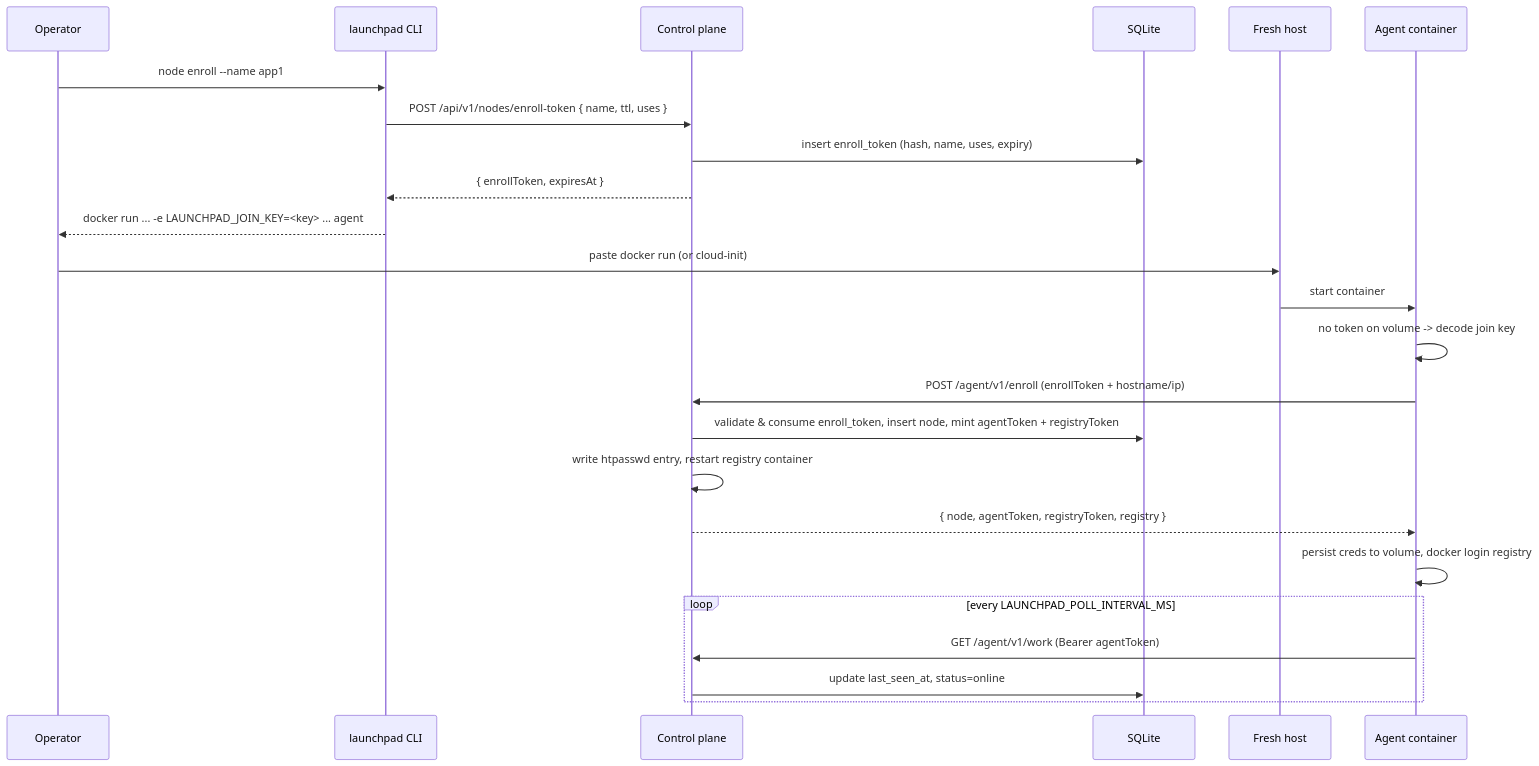
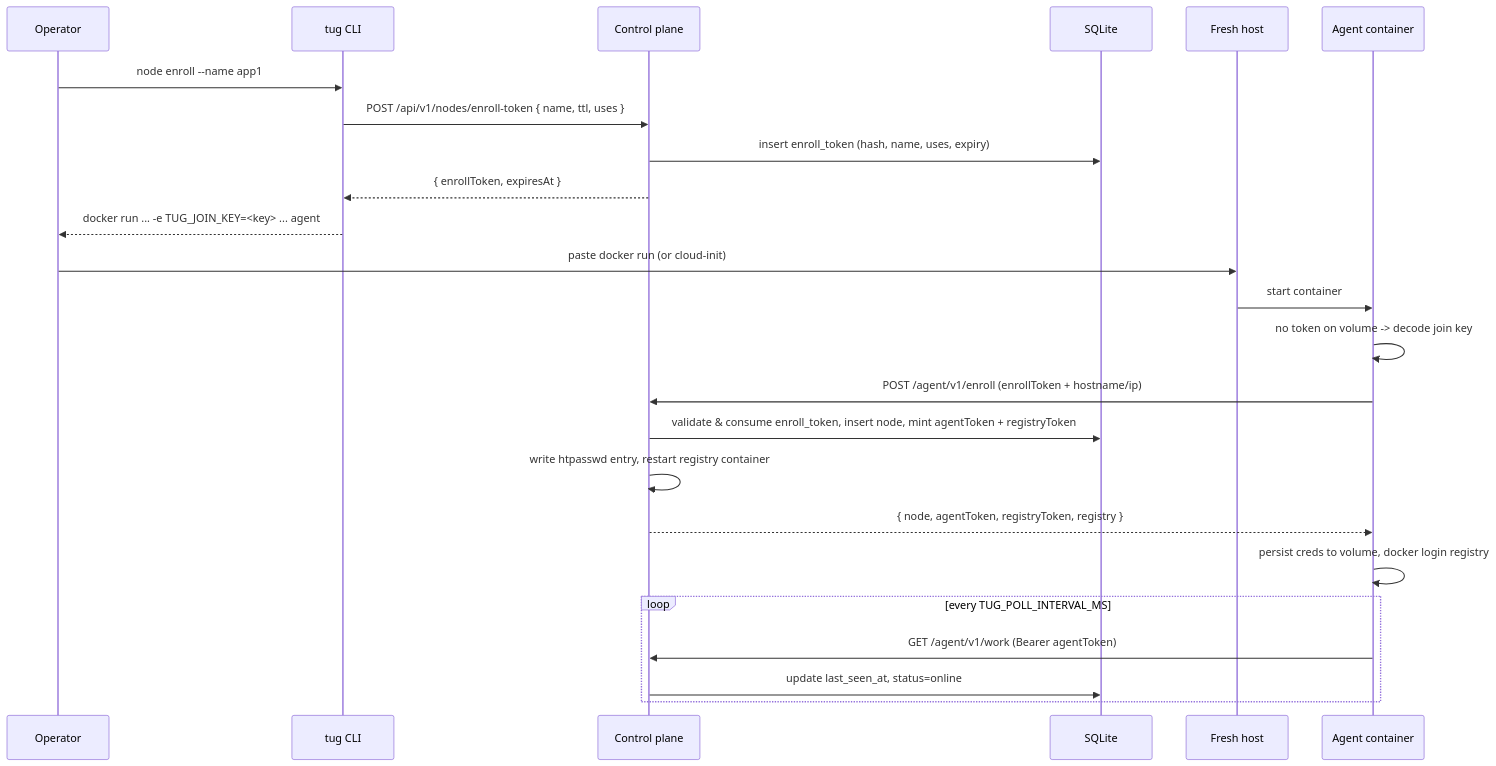
Before and after one commit to wpelevator/tug: the second of 4 diagrams in docs/architecture.md, drawn with Mermaid. The commit also changed other lines of this file and 56 other files, not shown here.

First line of the commit message:
Rename Launchpad to Tug

````diff
--- a/docs/architecture.md
+++ b/docs/architecture.md
@@ -53,27 +53,27 @@
 ```mermaid
 sequenceDiagram
     participant Op as Operator
-    participant CLI as launchpad CLI
+    participant CLI as tug CLI
     participant Ctrl as Control plane
     participant DB as SQLite
     participant Host as Fresh host
     participant Agent as Agent container
 
     Op->>CLI: node enroll --name app1
     CLI->>Ctrl: POST /api/v1/nodes/enroll-token { name, ttl, uses }
     Ctrl->>DB: insert enroll_token (hash, name, uses, expiry)
     Ctrl-->>CLI: { enrollToken, expiresAt }
-    CLI-->>Op: docker run ... -e LAUNCHPAD_JOIN_KEY=<key> ... agent
+    CLI-->>Op: docker run ... -e TUG_JOIN_KEY=<key> ... agent
     Op->>Host: paste docker run (or cloud-init)
     Host->>Agent: start container
     Agent->>Agent: no token on volume -> decode join key
     Agent->>Ctrl: POST /agent/v1/enroll (enrollToken + hostname/ip)
     Ctrl->>DB: validate & consume enroll_token, insert node, mint agentToken + registryToken
     Ctrl->>Ctrl: write htpasswd entry, restart registry container
     Ctrl-->>Agent: { node, agentToken, registryToken, registry }
     Agent->>Agent: persist creds to volume, docker login registry
-    loop every LAUNCHPAD_POLL_INTERVAL_MS
+    loop every TUG_POLL_INTERVAL_MS
         Agent->>Ctrl: GET /agent/v1/work (Bearer agentToken)
         Ctrl->>DB: update last_seen_at, status=online
     end
 ```
````
